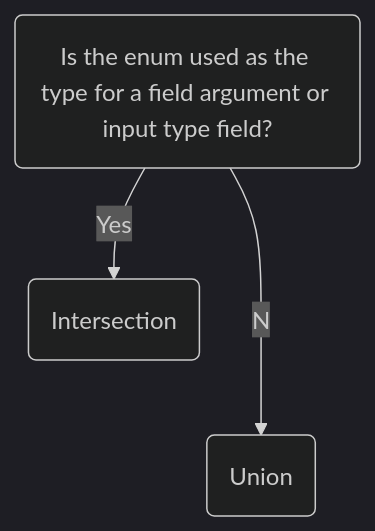
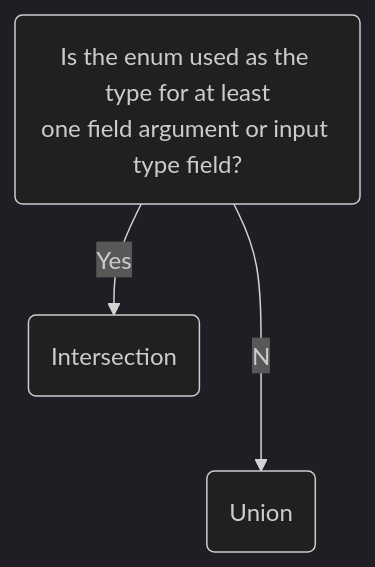
One commit to apollographql/federation changed the third of 3 diagrams in docs/source/federated-types/composition.mdx. Above: the diagram before and after it, drawn with Mermaid (dark theme). The commit also changed other lines of this file and 1 other file, not shown here.

````diff
--- a/docs/source/federated-types/composition.mdx
+++ b/docs/source/federated-types/composition.mdx
@@ -382,6 +381,6 @@
 ```mermaid
 graph TB;
-    parent("Is the enum used as the type for a field argument or input type field?");
-    parent--No-->null("Union");
-    parent--Yes-->call("Intersection");
+    enum("Is the enum used as the type for at least<br/>one field argument or input type field?");
+    enum--No-->union("Union");
+    enum--Yes-->intersection("Intersection");
 ```
````
